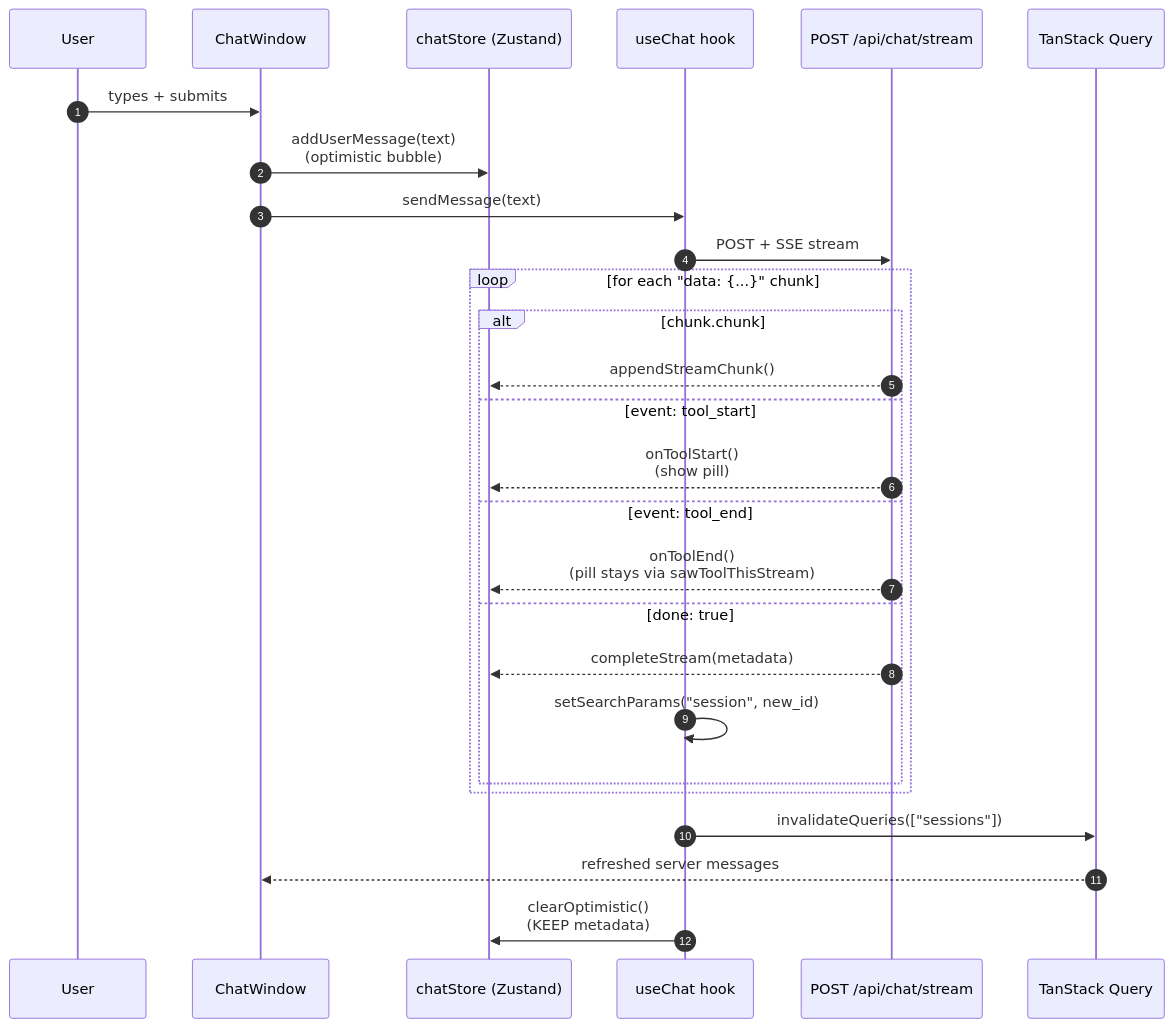
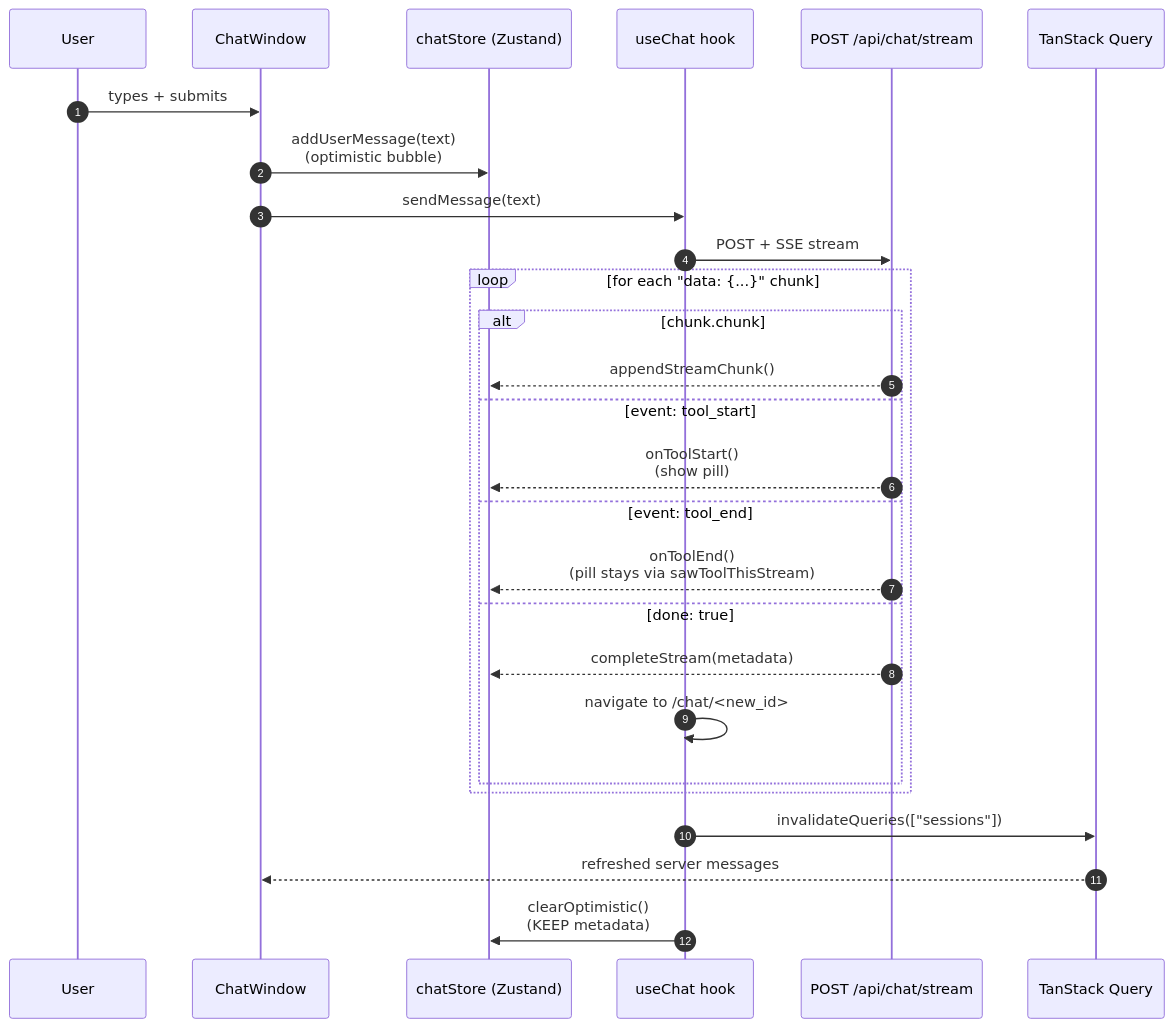
One commit to track507/MPMB-Copilot changed the diagram in frontend/README.md. Above: the diagram before and after it, drawn with Mermaid. The commit also changed other lines of this file and 7 other files, not shown here.

````diff
--- a/frontend/README.md
+++ b/frontend/README.md
@@ -99,32 +121,32 @@
 ```mermaid
 sequenceDiagram
     autonumber
     participant U as User
     participant CW as ChatWindow
     participant CS as chatStore (Zustand)
     participant UC as useChat hook
     participant API as POST /api/chat/stream
     participant QC as TanStack Query
 
     U->>CW: types + submits
     CW->>CS: addUserMessage(text)<br/>(optimistic bubble)
     CW->>UC: sendMessage(text)
     UC->>API: POST + SSE stream
 
     loop for each "data: {...}" chunk
         alt chunk.chunk
             API-->>CS: appendStreamChunk()
         else event: tool_start
             API-->>CS: onToolStart()<br/>(show pill)
         else event: tool_end
             API-->>CS: onToolEnd()<br/>(pill stays via sawToolThisStream)
         else done: true
             API-->>CS: completeStream(metadata)
-            UC->>UC: setSearchParams("session", new_id)
+            UC->>UC: navigate to /chat/<new_id>
         end
     end
 
     UC->>QC: invalidateQueries(["sessions"])
     QC-->>CW: refreshed server messages
     UC->>CS: clearOptimistic()<br/>(KEEP metadata)
 ```
````
